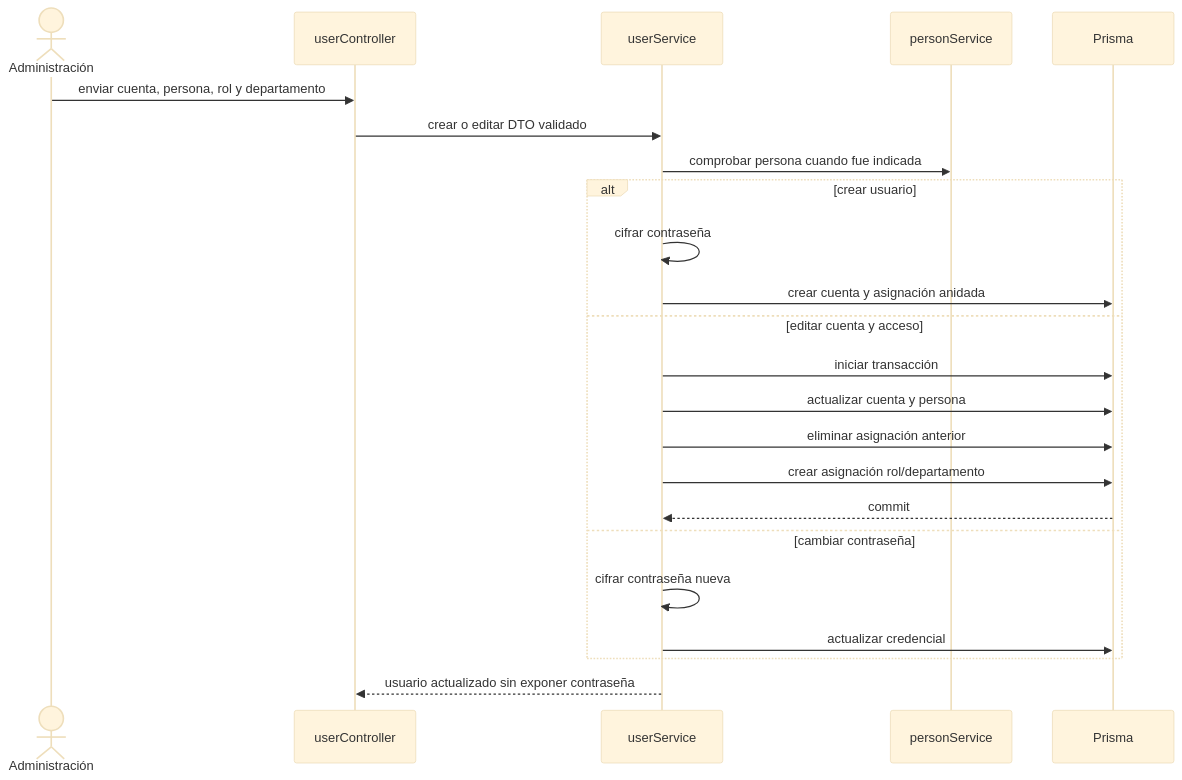
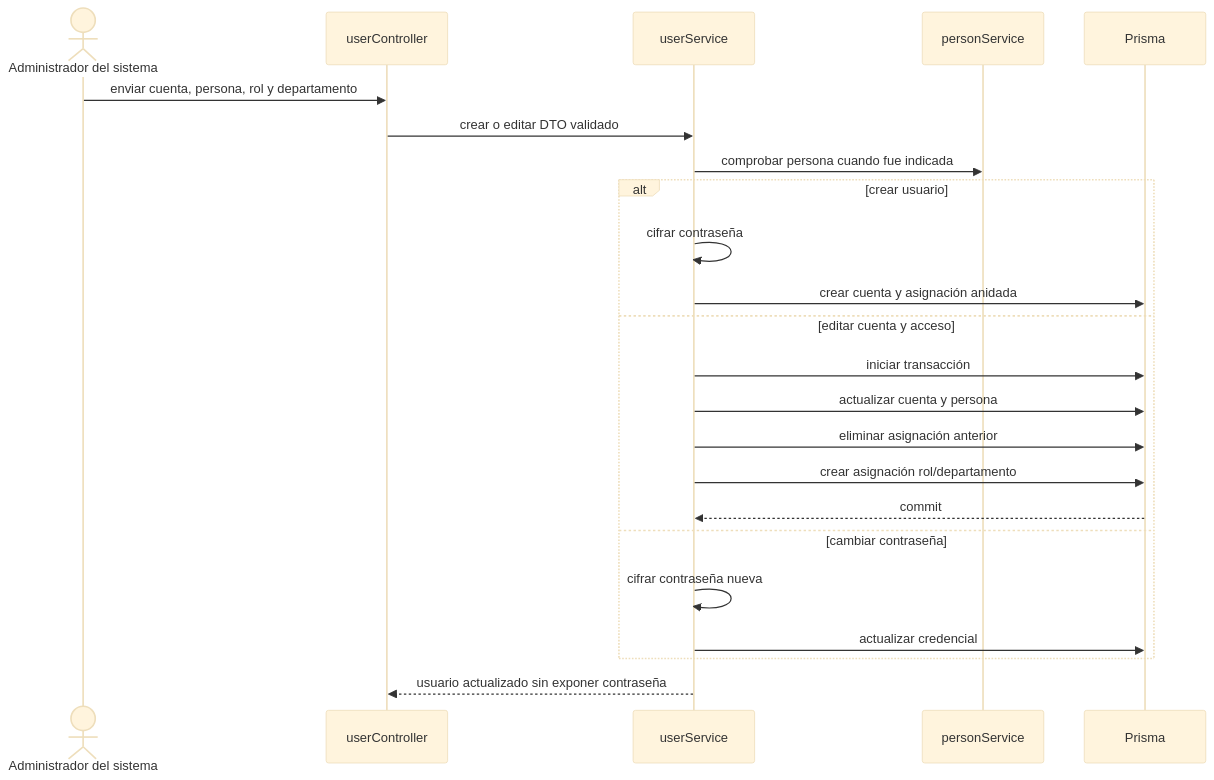
One commit to gpgsistemas01/nexus changed the diagram in docs/requirements/diagrams/cross-cutting/14-create-or-edit-user-and-access-cu-ida-06-cu-ida-07-cu-ida-08.md. Above: the diagram before and after it, drawn with Mermaid (base theme). The commit also changed 89 other files, not shown here.

````diff
--- a/docs/requirements/diagrams/cross-cutting/14-create-or-edit-user-and-access-cu-ida-06-cu-ida-07-cu-ida-08.md
+++ b/docs/requirements/diagrams/cross-cutting/14-create-or-edit-user-and-access-cu-ida-06-cu-ida-07-cu-ida-08.md
@@ -3,26 +3,26 @@
 ```mermaid
 sequenceDiagram
-    actor Admin as Administración
+    actor Admin as Administrador del sistema
     participant Controller as userController
     participant Service as userService
     participant Person as personService
     participant Db as Prisma
 
     Admin->>Controller: enviar cuenta, persona, rol y departamento
     Controller->>Service: crear o editar DTO validado
     Service->>Person: comprobar persona cuando fue indicada
     alt crear usuario
         Service->>Service: cifrar contraseña
         Service->>Db: crear cuenta y asignación anidada
     else editar cuenta y acceso
         Service->>Db: iniciar transacción
         Service->>Db: actualizar cuenta y persona
         Service->>Db: eliminar asignación anterior
         Service->>Db: crear asignación rol/departamento
         Db-->>Service: commit
     else cambiar contraseña
         Service->>Service: cifrar contraseña nueva
         Service->>Db: actualizar credencial
     end
     Service-->>Controller: usuario actualizado sin exponer contraseña
 ```
````
